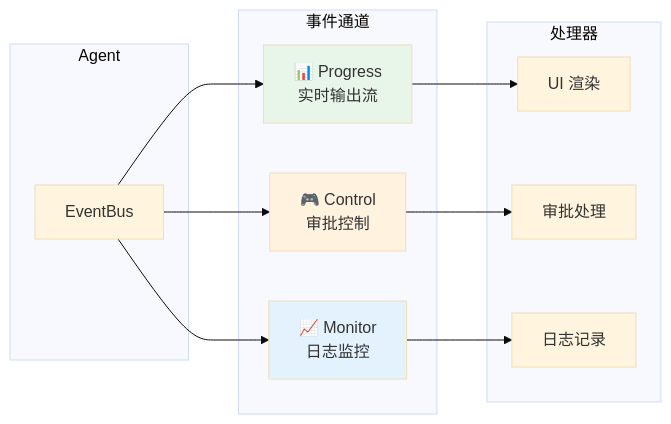
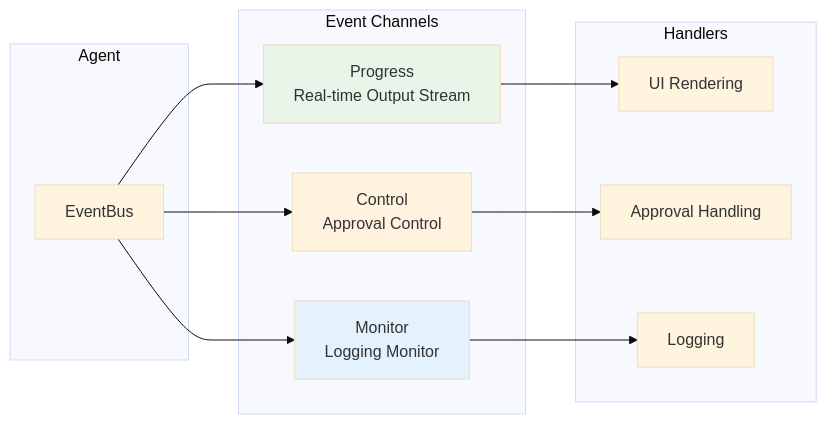
One commit to yuefanliang/kode-sdk-csharp changed the third of 3 diagrams in README.md. Above: the diagram before and after it, drawn with Mermaid (base theme). The commit also changed other lines of this file and 86 other files, not shown here.

First line of the commit message:
feat: add skills system and refactor assistant architecture

````diff
--- a/README.md
+++ b/README.md
@@ -266,26 +266,26 @@
 ```mermaid
 graph LR
     subgraph Agent["Agent"]
         EventBus[EventBus]
     end
 
-    subgraph Channels["事件通道"]
-        Progress["📊 Progress<br/>实时输出流"]
-        Control["🎮 Control<br/>审批控制"]
-        Monitor["📈 Monitor<br/>日志监控"]
+    subgraph Channels["Event Channels"]
+        Progress["Progress<br/>Real-time Output Stream"]
+        Control["Control<br/>Approval Control"]
+        Monitor["Monitor<br/>Logging Monitor"]
     end
 
-    subgraph Handlers["处理器"]
-        UI["UI 渲染"]
-        Approval["审批处理"]
-        Logger["日志记录"]
+    subgraph Handlers["Handlers"]
+        UI["UI Rendering"]
+        Approval["Approval Handling"]
+        Logger["Logging"]
     end
 
     EventBus --> Progress --> UI
     EventBus --> Control --> Approval
     EventBus --> Monitor --> Logger
 
     style Progress fill:#e8f5e9
     style Control fill:#fff3e0
     style Monitor fill:#e3f2fd
 ```
````
